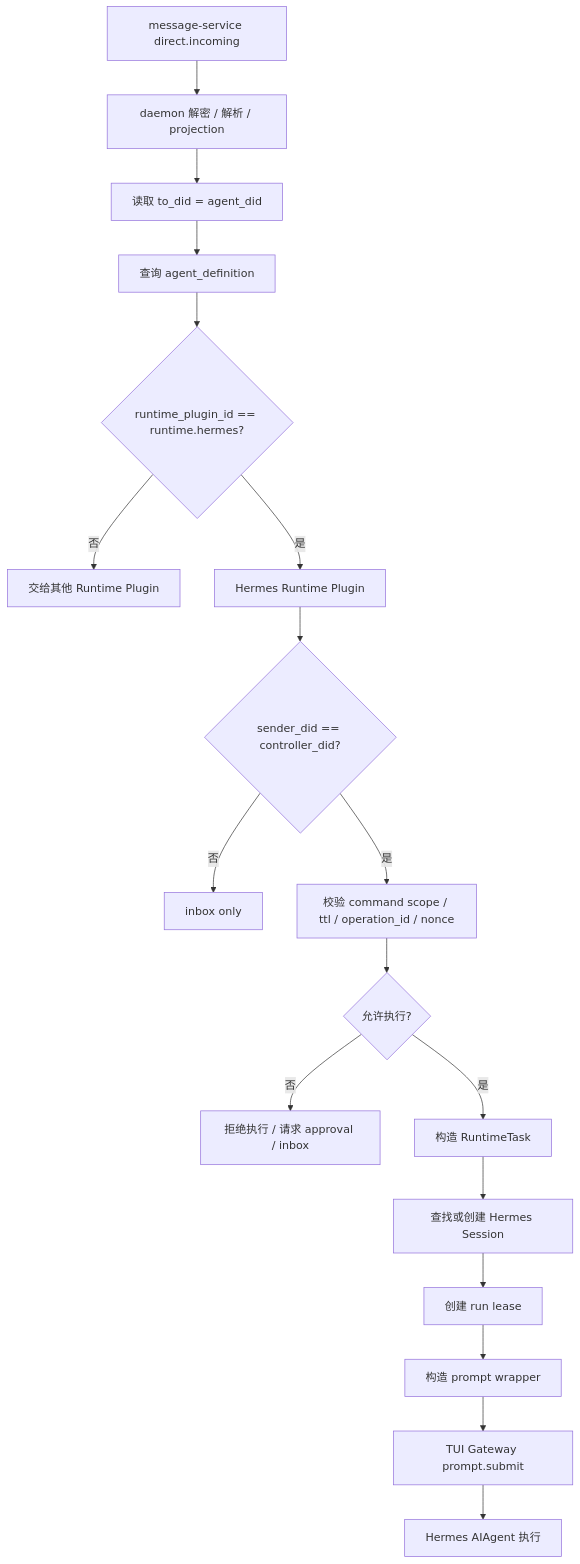
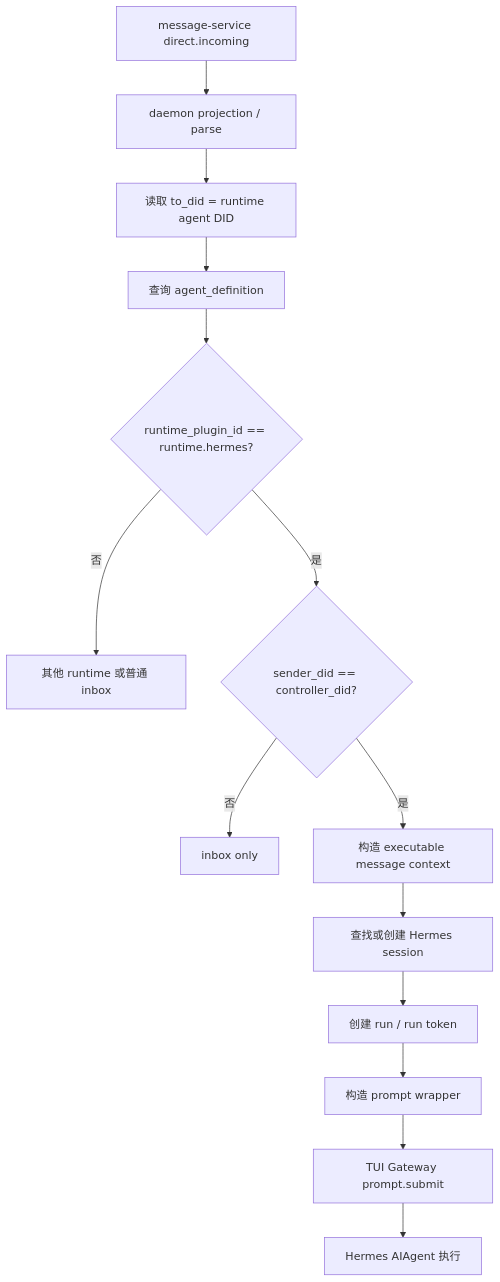
Before and after one commit to AgentConnect/awiki-cli-rs2: the second of 7 diagrams in crates/awiki-deamon/docs/hermes-plugin/hermes_runtime_plugin_design.md, drawn with Mermaid. The commit also changed other lines of this file, not shown here.

Commit message:
docs: align Hermes runtime plugin design

````diff
--- a/crates/awiki-deamon/docs/hermes-plugin/hermes_runtime_plugin_design.md
+++ b/crates/awiki-deamon/docs/hermes-plugin/hermes_runtime_plugin_design.md
@@ -715,23 +545,16 @@
 ```mermaid
 flowchart TD
-    A["message-service direct.incoming"] --> B["daemon 解密 / 解析 / projection"]
-    B --> C["读取 to_did = agent_did"]
+    A["message-service direct.incoming"] --> B["daemon projection / parse"]
+    B --> C["读取 to_did = runtime agent DID"]
     C --> D["查询 agent_definition"]
     D --> E{"runtime_plugin_id == runtime.hermes?"}
-    E -->|否| F["交给其他 Runtime Plugin"]
-    E -->|是| G["Hermes Runtime Plugin"]
-
-    G --> H{"sender_did == controller_did?"}
-    H -->|否| I["inbox only"]
-    H -->|是| J["校验 command scope / ttl / operation_id / nonce"]
-
-    J --> K{"允许执行?"}
-    K -->|否| L["拒绝执行 / 请求 approval / inbox"]
-    K -->|是| M["构造 RuntimeTask"]
-
-    M --> N["查找或创建 Hermes Session"]
-    N --> O["创建 run lease"]
-    O --> P["构造 prompt wrapper"]
-    P --> Q["TUI Gateway prompt.submit"]
-    Q --> R["Hermes AIAgent 执行"]
+    E -->|否| F["其他 runtime 或普通 inbox"]
+    E -->|是| G{"sender_did == controller_did?"}
+    G -->|否| H["inbox only"]
+    G -->|是| I["构造 executable message context"]
+    I --> J["查找或创建 Hermes session"]
+    J --> K["创建 run / run token"]
+    K --> L["构造 prompt wrapper"]
+    L --> M["TUI Gateway prompt.submit"]
+    M --> N["Hermes AIAgent 执行"]
 ```
````
